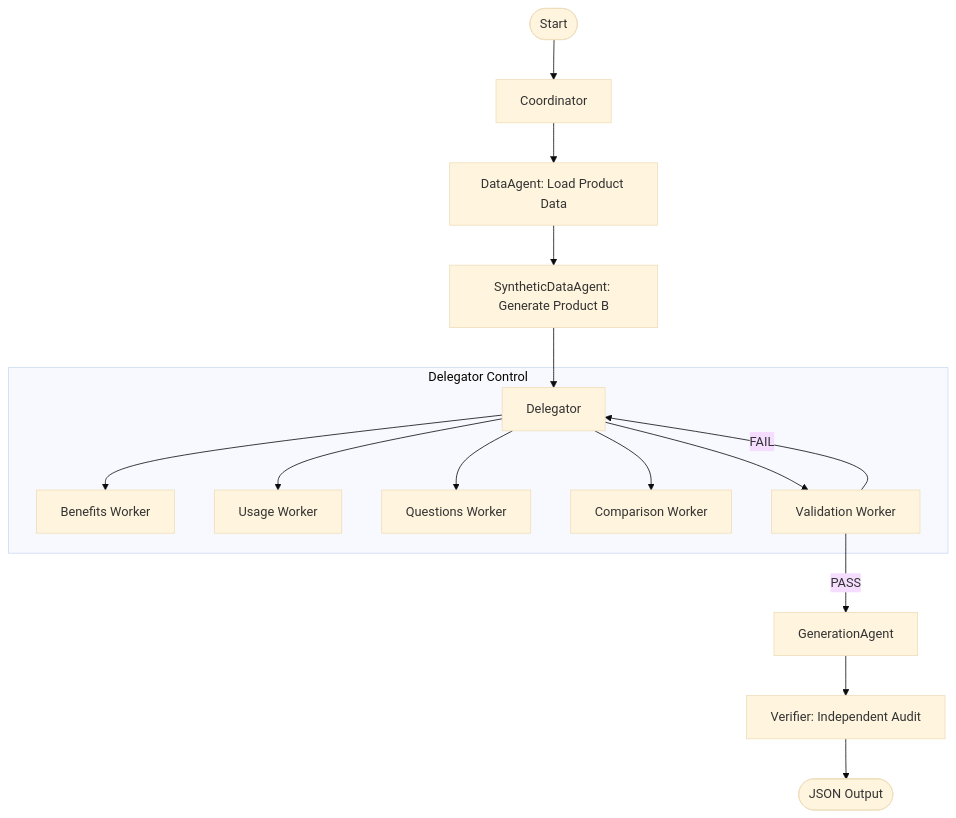
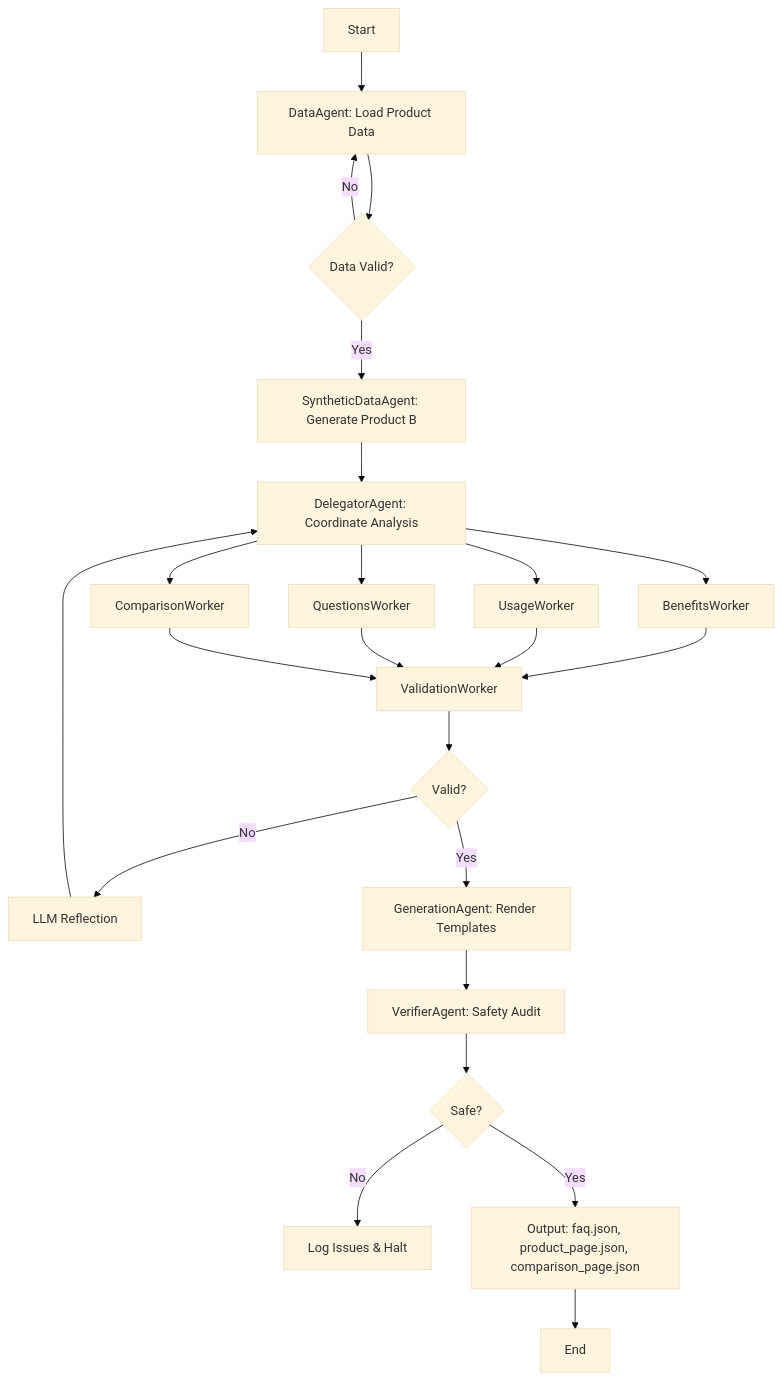
Before and after one commit to Sarvagya1212/kasparro-agentic-sarvagya-jain: the diagram in docs/projectdocumentation.md, drawn with Mermaid (base theme). The commit also changed other lines of this file and 104 other files, not shown here.

Commit message:
refactor: restructure project into modular architecture with enhanced autonomy

````diff
--- a/docs/projectdocumentation.md
+++ b/docs/projectdocumentation.md
@@ -48,21 +494,25 @@
 ```mermaid
 graph TD
-    Start([Start]) --> Coordinator
-    Coordinator --> DataAgent[DataAgent: Load Product Data]
-    DataAgent --> SyntheticAgent[SyntheticDataAgent: Generate Product B]
-    SyntheticAgent --> Delegator
-    
-    subgraph "Delegator Control"
-        Delegator --> BenefitsWorker[Benefits Worker]
-        Delegator --> UsageWorker[Usage Worker]
-        Delegator --> QuestionsWorker[Questions Worker]
-        Delegator --> ComparisonWorker[Comparison Worker]
-        Delegator --> ValidationWorker[Validation Worker]
-    end
-    
-    ValidationWorker -->|PASS| GenerationAgent
-    ValidationWorker -->|FAIL| Delegator
-    
-    GenerationAgent --> VerifierAgent[Verifier: Independent Audit]
-    VerifierAgent --> Output([JSON Output])
+    A[Start] --> B[DataAgent: Load Product Data]
+    B --> C{Data Valid?}
+    C -->|No| B
+    C -->|Yes| D[SyntheticDataAgent: Generate Product B]
+    D --> E[DelegatorAgent: Coordinate Analysis]
+    E --> F[BenefitsWorker]
+    E --> G[UsageWorker]
+    E --> H[QuestionsWorker]
+    E --> I[ComparisonWorker]
+    F --> J[ValidationWorker]
+    G --> J
+    H --> J
+    I --> J
+    J --> K{Valid?}
+    K -->|No| L[LLM Reflection]
+    L --> E
+    K -->|Yes| M[GenerationAgent: Render Templates]
+    M --> N[VerifierAgent: Safety Audit]
+    N --> O{Safe?}
+    O -->|No| P[Log Issues & Halt]
+    O -->|Yes| Q[Output: faq.json, product_page.json, comparison_page.json]
+    Q --> R[End]
 ```
````
